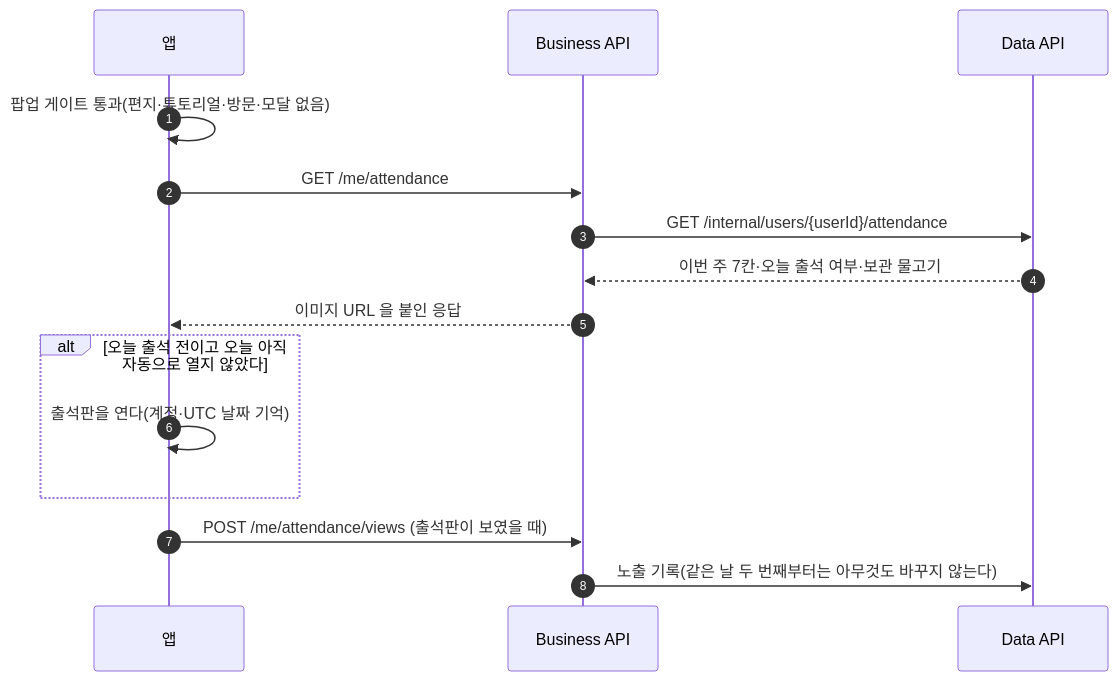
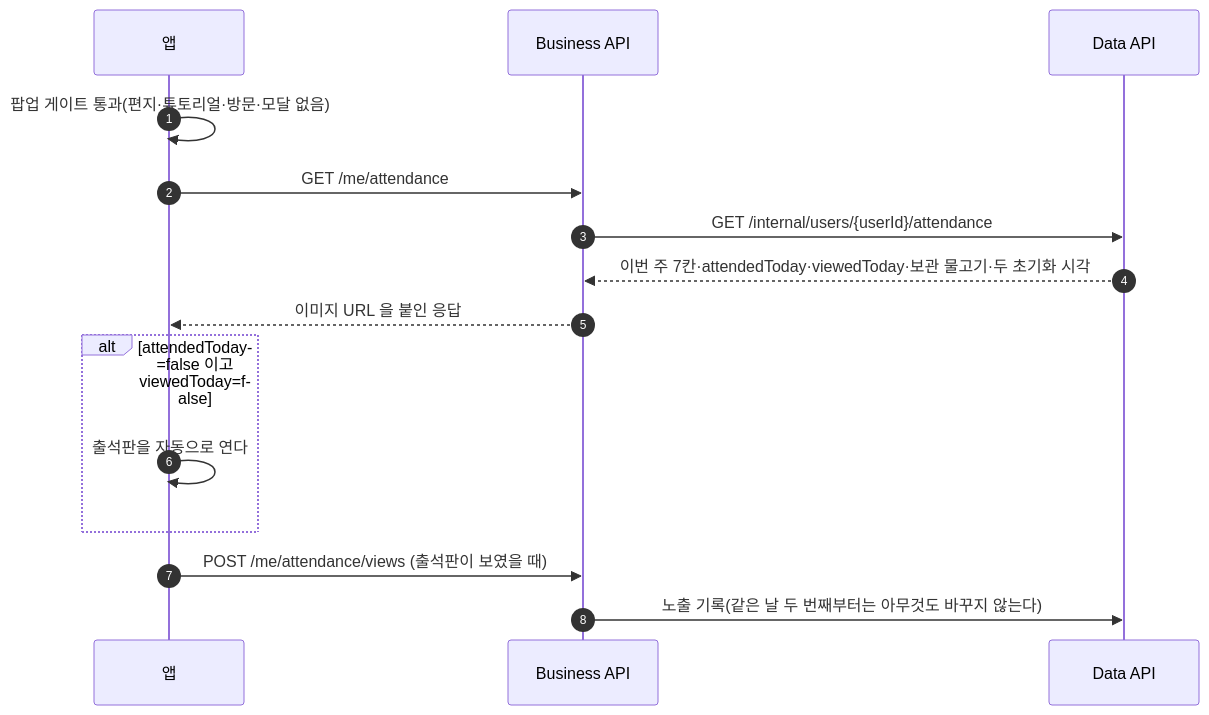
One commit to OneOrThree/phone changed the second of 4 diagrams in docs/prd/fishcat/attendance/high-level-design.md. Above: the diagram before and after it, drawn with Mermaid. The commit also changed other lines of this file, not shown here.

````diff
--- a/docs/prd/fishcat/attendance/high-level-design.md
+++ b/docs/prd/fishcat/attendance/high-level-design.md
@@ -78,17 +78,17 @@
 ```mermaid
 sequenceDiagram
   autonumber
   participant A as 앱
   participant B as Business API
   participant D as Data API
   A->>A: 팝업 게이트 통과(편지·튜토리얼·방문·모달 없음)
   A->>B: GET /me/attendance
   B->>D: GET /internal/users/{userId}/attendance
-  D-->>B: 이번 주 7칸·오늘 출석 여부·보관 물고기
+  D-->>B: 이번 주 7칸·attendedToday·viewedToday·보관 물고기·두 초기화 시각
   B-->>A: 이미지 URL 을 붙인 응답
-  alt 오늘 출석 전이고 오늘 아직 자동으로 열지 않았다
-    A->>A: 출석판을 연다(계정·UTC 날짜 기억)
+  alt attendedToday=false 이고 viewedToday=false
+    A->>A: 출석판을 자동으로 연다
   end
   A->>B: POST /me/attendance/views (출석판이 보였을 때)
   B->>D: 노출 기록(같은 날 두 번째부터는 아무것도 바꾸지 않는다)
 ```
````
